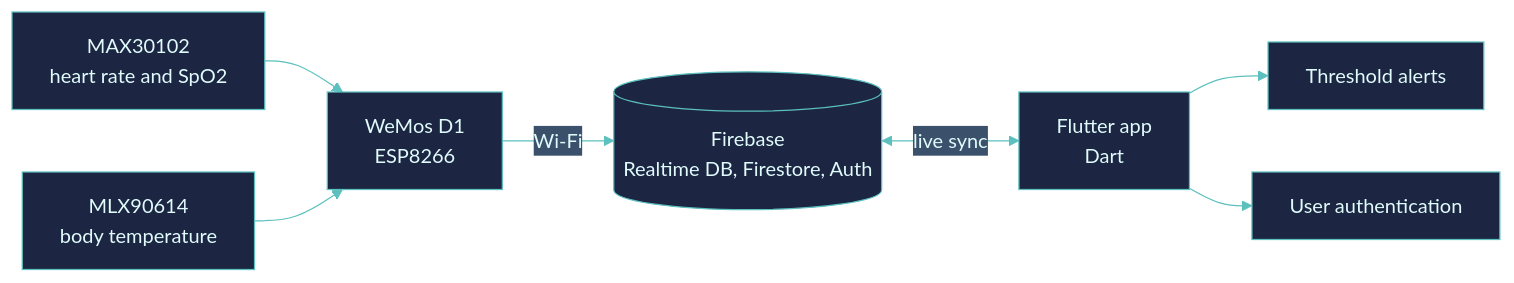
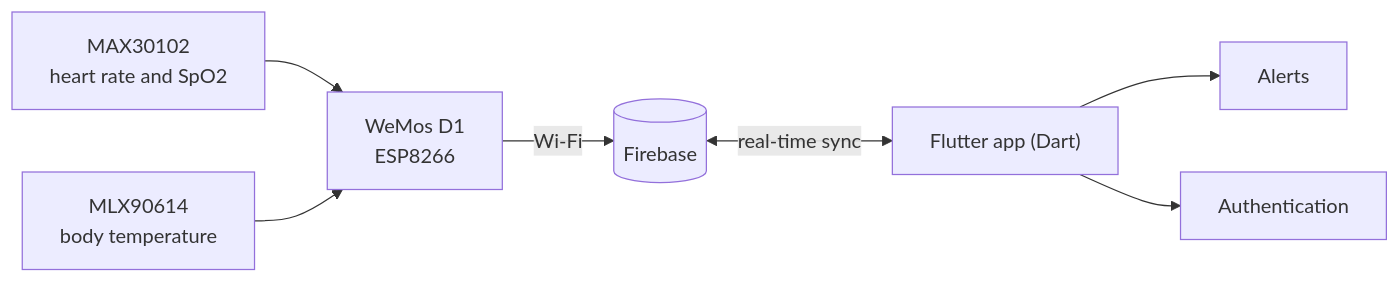
The second of 3 diagrams in README.md (NezhaIdrissi/NezhaIdrissi-), drawn with Mermaid before and after one commit. The commit also changed other lines of this file, not shown here.

````diff
--- a/README.md
+++ b/README.md
@@ -91,10 +119,9 @@
 ```mermaid
-%%{init: {'theme':'base','themeVariables':{'primaryColor':'#1c2541','primaryTextColor':'#e0fbfc','primaryBorderColor':'#5bc0be','lineColor':'#5bc0be','secondaryColor':'#3a506b','tertiaryColor':'#0b132b','fontFamily':'monospace'}}}%%
 flowchart LR
-    S1["MAX30102<br/>heart rate and SpO2"] --> MCU
+    S1["MAX30102<br/>heart rate and SpO2"] --> MCU["WeMos D1<br/>ESP8266"]
     S2["MLX90614<br/>body temperature"] --> MCU
-    MCU["WeMos D1<br/>ESP8266"] -->|"Wi-Fi"| FB[("Firebase<br/>Realtime DB, Firestore, Auth")]
-    FB <-->|"live sync"| APP["Flutter app<br/>Dart"]
-    APP --> AL["Threshold alerts"]
-    APP --> AU["User authentication"]
+    MCU -->|"Wi-Fi"| FB[("Firebase")]
+    FB <-->|"real-time sync"| APP["Flutter app (Dart)"]
+    APP --> AL["Alerts"]
+    APP --> AU["Authentication"]
 ```
````
